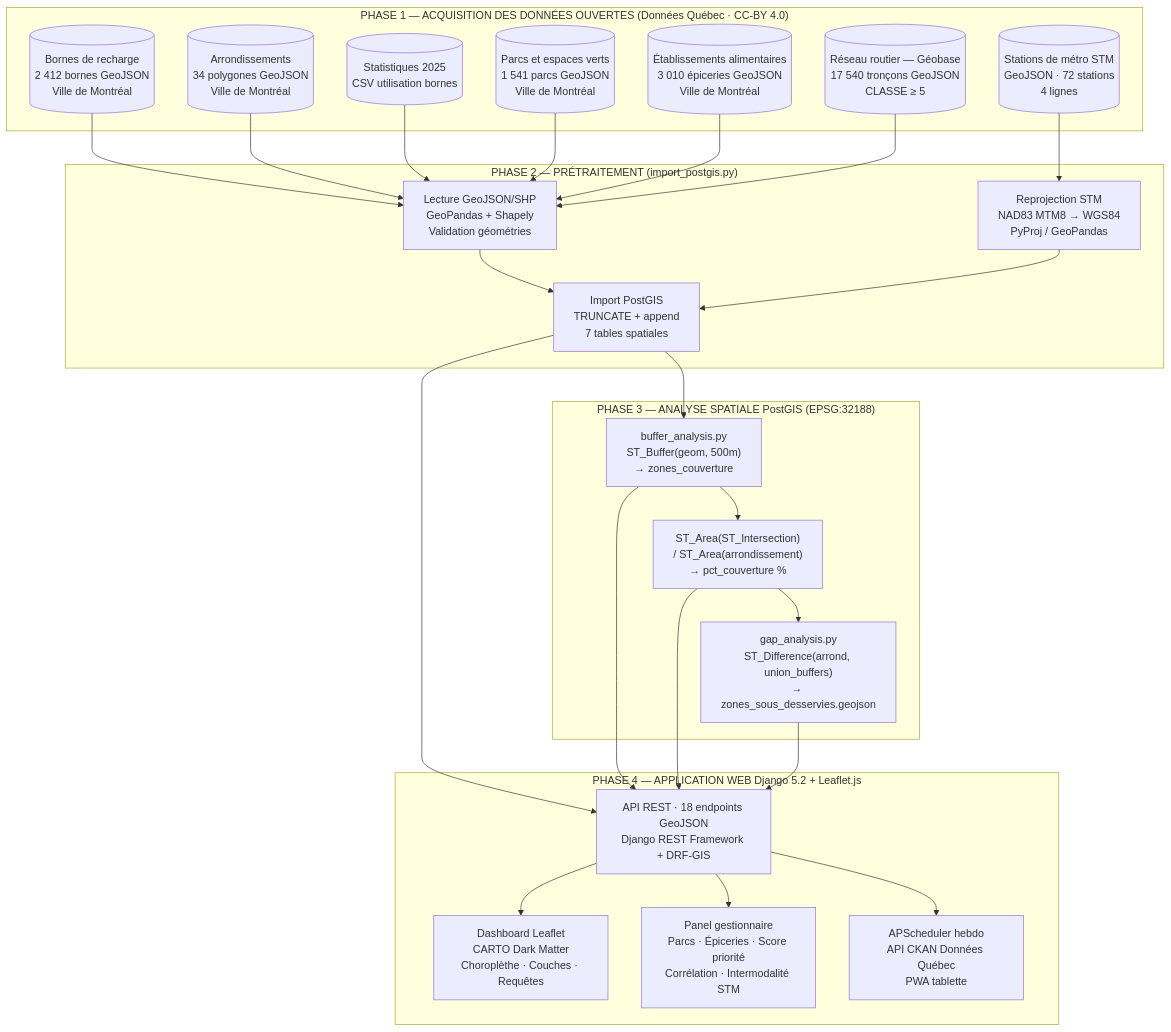
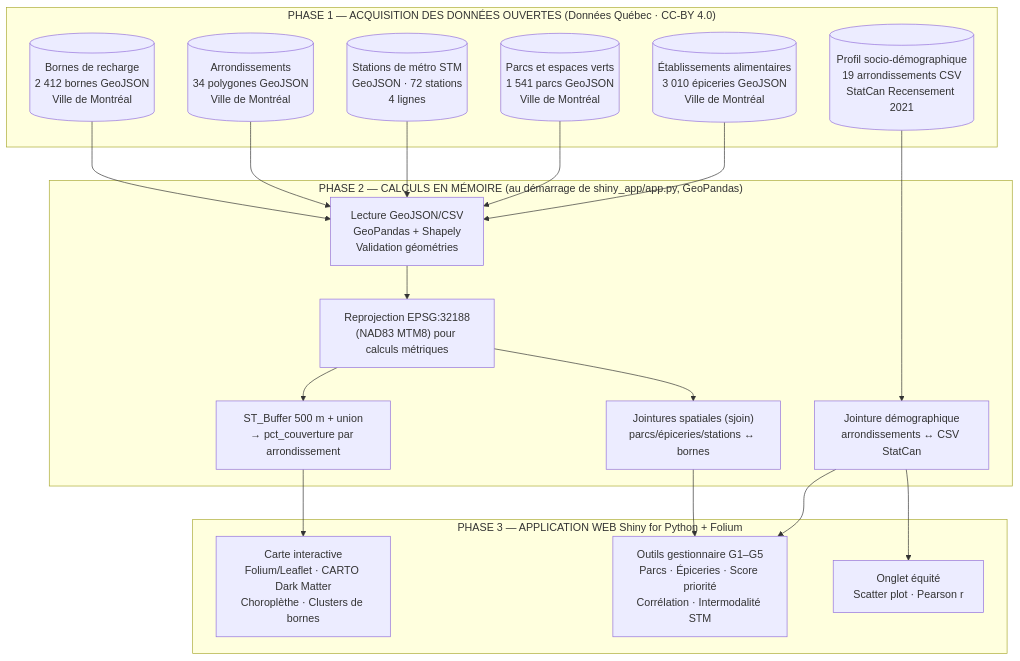
The first of 4 diagrams in DIAGRAMME_MERMAID.md (modou5604501/projet_Session), drawn with Mermaid before and after one commit. The commit also changed other lines of this file and 5 other files, not shown here.

````diff
--- a/DIAGRAMME_MERMAID.md
+++ b/DIAGRAMME_MERMAID.md
@@ -15,38 +16,33 @@
 ```mermaid
 flowchart TD
     subgraph ACQ["PHASE 1 — ACQUISITION DES DONNÉES OUVERTES (Données Québec · CC-BY 4.0)"]
         A1[("Bornes de recharge\n2 412 bornes GeoJSON\nVille de Montréal")]
         A2[("Arrondissements\n34 polygones GeoJSON\nVille de Montréal")]
         A3[("Stations de métro STM\nGeoJSON · 72 stations\n4 lignes")]
-        A4[("Statistiques 2025\nCSV utilisation bornes")]
         A5[("Parcs et espaces verts\n1 541 parcs GeoJSON\nVille de Montréal")]
         A6[("Établissements alimentaires\n3 010 épiceries GeoJSON\nVille de Montréal")]
-        A7[("Réseau routier — Géobase\n17 540 tronçons GeoJSON\nCLASSE ≥ 5")]
+        A8[("Profil socio-démographique\n19 arrondissements CSV\nStatCan Recensement 2021")]
     end
 
-    subgraph PRE["PHASE 2 — PRÉTRAITEMENT (import_postgis.py)"]
-        B1["Lecture GeoJSON/SHP\nGeoPandas + Shapely\nValidation géométries"]
-        B2["Reprojection STM\nNAD83 MTM8 → WGS84\nPyProj / GeoPandas"]
-        B3["Import PostGIS\nTRUNCATE + append\n7 tables spatiales"]
+    subgraph CALC["PHASE 2 — CALCULS EN MÉMOIRE (au démarrage de shiny_app/app.py, GeoPandas)"]
+        B1["Lecture GeoJSON/CSV\nGeoPandas + Shapely\nValidation géométries"]
+        B2["Reprojection EPSG:32188\n(NAD83 MTM8) pour calculs métriques"]
+        B3["ST_Buffer 500 m + union\n→ pct_couverture par arrondissement"]
+        B4["Jointures spatiales (sjoin)\nparcs/épiceries/stations ↔ bornes"]
+        B5["Jointure démographique\narrondissements ↔ CSV StatCan"]
     end
 
-    subgraph ANA["PHASE 3 — ANALYSE SPATIALE PostGIS (EPSG:32188)"]
-        C1["buffer_analysis.py\nST_Buffer(geom, 500m)\n→ zones_couverture"]
-        C2["ST_Area(ST_Intersection)\n/ ST_Area(arrondissement)\n→ pct_couverture %"]
-        C3["gap_analysis.py\nST_Difference(arrond, union_buffers)\n→ zones_sous_desservies.geojson"]
+    subgraph WEB["PHASE 3 — APPLICATION WEB Shiny for Python + Folium"]
+        D1["Carte interactive\nFolium/Leaflet · CARTO Dark Matter\nChoroplèthe · Clusters de bornes"]
+        D2["Outils gestionnaire G1–G5\nParcs · Épiceries · Score priorité\nCorrélation · Intermodalité STM"]
+        D3["Onglet équité\nScatter plot · Pearson r"]
     end
 
-    subgraph WEB["PHASE 4 — APPLICATION WEB Django 5.2 + Leaflet.js"]
-        D1["API REST · 18 endpoints GeoJSON\nDjango REST Framework + DRF-GIS"]
-        D2["Dashboard Leaflet\nCARTO Dark Matter\nChoroplèthe · Couches · Requêtes"]
-        D3["Panel gestionnaire\nParcs · Épiceries · Score priorité\nCorrélation · Intermodalité STM"]
-        D4["APScheduler hebdo\nAPI CKAN Données Québec\nPWA tablette"]
-    end
-
-    A1 & A2 & A4 & A5 & A6 & A7 --> B1
-    A3 --> B2
-    B1 & B2 --> B3
-    B3 --> C1 --> C2 --> C3
-    B3 & C1 & C2 & C3 --> D1
-    D1 --> D2 & D3 & D4
+    A1 & A2 & A3 & A5 & A6 --> B1
+    A8 --> B5
+    B1 --> B2
+    B2 --> B3 & B4
+    B3 --> D1
+    B4 & B5 --> D2
+    B5 --> D3
 ```
````
